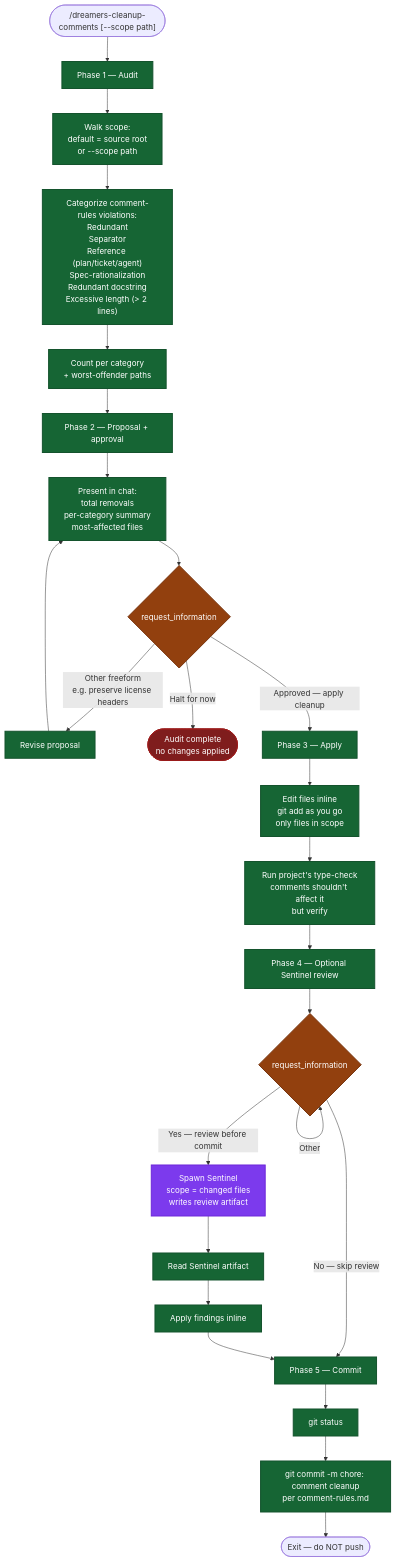
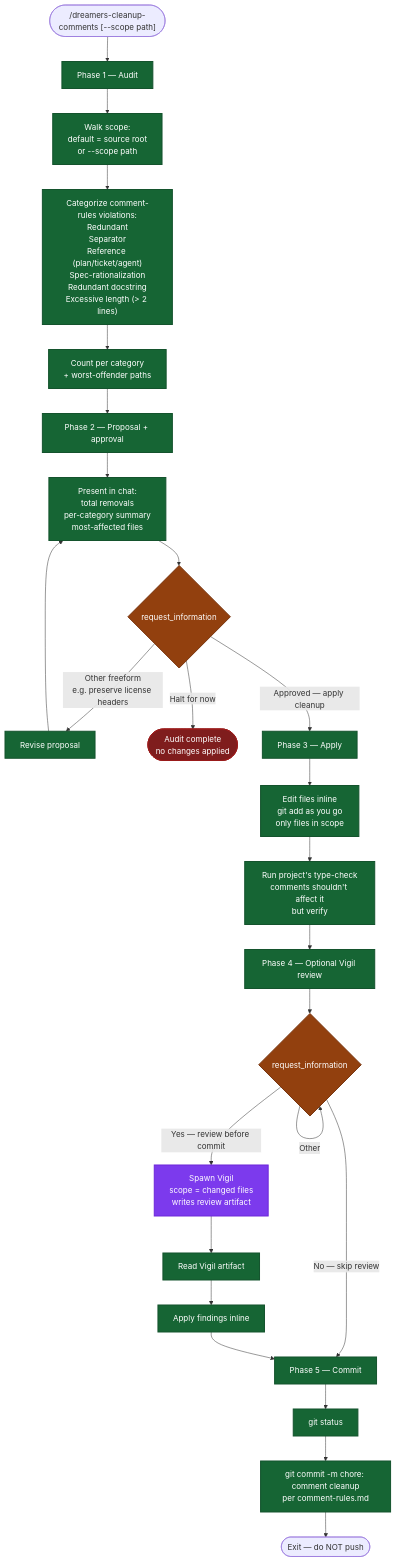
One commit to mrStorrs/dreamers-copilot changed the diagram in .github/skills/dreamers-cleanup-comments/readme.md. Above: the diagram before and after it, drawn with Mermaid. The commit also changed other lines of this file and 15 other files, not shown here.

````diff
--- a/.github/skills/dreamers-cleanup-comments/readme.md
+++ b/.github/skills/dreamers-cleanup-comments/readme.md
@@ -5,42 +5,42 @@
 ```mermaid
 flowchart TD
     Start(["/dreamers-cleanup-comments [--scope path]"]) --> P1
 
     P1["Phase 1 — Audit"] --> Walk["Walk scope:<br/>default = source root<br/>or --scope path"]
     Walk --> Categorize["Categorize comment-rules violations:<br/>Redundant<br/>Separator<br/>Reference (plan/ticket/agent)<br/>Spec-rationalization<br/>Redundant docstring<br/>Excessive length (> 2 lines)"]
     Categorize --> CountReport["Count per category<br/>+ worst-offender paths"]
     CountReport --> P2
 
     P2["Phase 2 — Proposal + approval"] --> Propose["Present in chat:<br/>total removals<br/>per-category summary<br/>most-affected files"]
     Propose --> ApprovalGate{"request_information"}
     ApprovalGate -->|"Other freeform<br/>e.g. preserve license headers"| Revise["Revise proposal"]
     Revise --> Propose
     ApprovalGate -->|Halt for now| HaltA(["Audit complete<br/>no changes applied"])
     ApprovalGate -->|Approved — apply cleanup| P3
 
     P3["Phase 3 — Apply"] --> Apply["Edit files inline<br/>git add as you go<br/>only files in scope"]
     Apply --> TypeCheck["Run project's type-check<br/>comments shouldn't affect it<br/>but verify"]
     TypeCheck --> P4
 
-    P4["Phase 4 — Optional Sentinel review"] --> ReviewGate{"request_information"}
+    P4["Phase 4 — Optional Vigil review"] --> ReviewGate{"request_information"}
     ReviewGate -->|Other| ReviewGate
     ReviewGate -->|No — skip review| P5
-    ReviewGate -->|Yes — review before commit| SpawnSentinel["Spawn Sentinel<br/>scope = changed files<br/>writes review artifact"]
-    SpawnSentinel --> ReadArtifact["Read Sentinel artifact"]
+    ReviewGate -->|Yes — review before commit| SpawnVigil["Spawn Vigil<br/>scope = changed files<br/>writes review artifact"]
+    SpawnVigil --> ReadArtifact["Read Vigil artifact"]
     ReadArtifact --> ApplyFindings["Apply findings inline"]
     ApplyFindings --> P5
 
     P5["Phase 5 — Commit"] --> Status["git status"]
     Status --> Commit["git commit -m chore: comment cleanup<br/>per comment-rules.md"]
     Commit --> End(["Exit — do NOT push"])
 
     classDef gate fill:#92400e,stroke:#78350f,stroke-width:2px,color:#fff
     classDef halt fill:#7f1d1d,stroke:#991b1b,stroke-width:2px,color:#fff
     classDef phase fill:#166534,stroke:#14532d,stroke-width:2px,color:#fff
     classDef agent fill:#7c3aed,stroke:#6d28d9,stroke-width:2px,color:#fff
 
     class ApprovalGate,ReviewGate gate
     class HaltA halt
-    class SpawnSentinel agent
+    class SpawnVigil agent
     class P1,P2,P3,P4,P5,Walk,Categorize,CountReport,Propose,Revise,Apply,TypeCheck,ReadArtifact,ApplyFindings,Status,Commit phase
 ```
````
